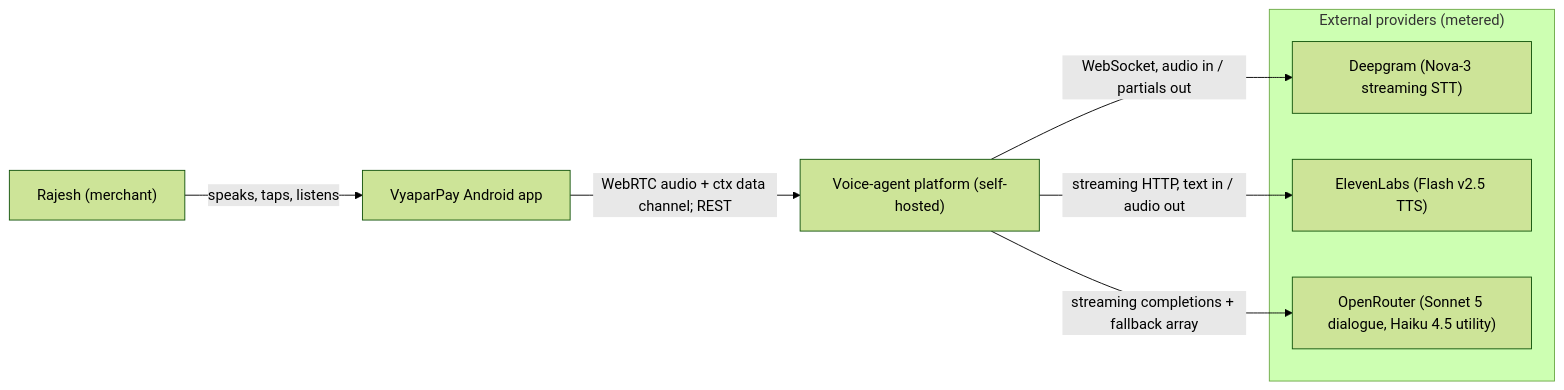
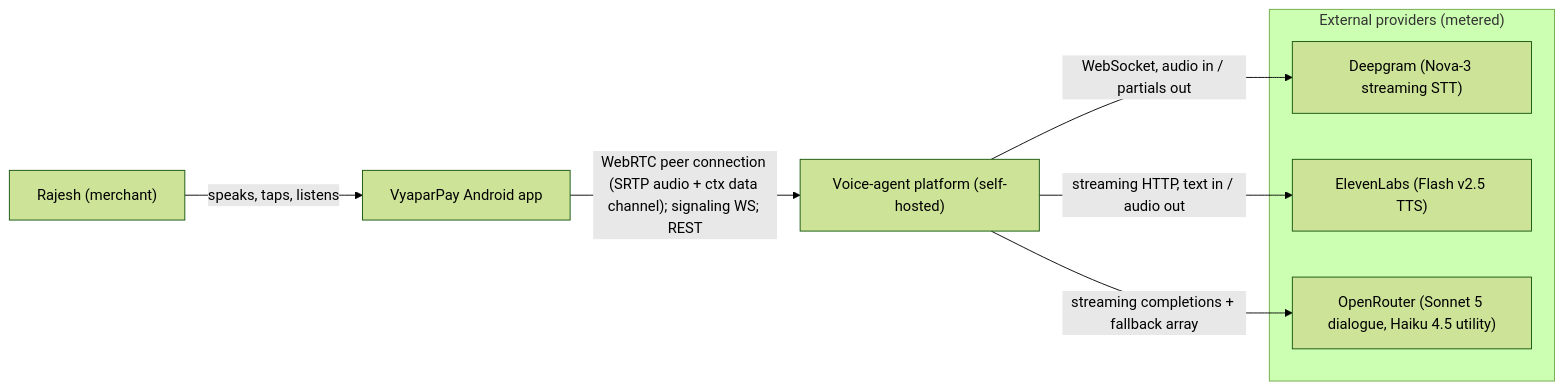
Before and after one commit to bibekanandan892/vyaparpay-voice-agent: the first of 5 diagrams in docs/02-system-architecture.md, drawn with Mermaid (forest theme). The commit also changed other lines of this file and 22 other files, not shown here.

First line of the commit message:
refactor(arch): replace LiveKit with raw WebRTC (libwebrtc + aiortc)

````diff
--- a/docs/02-system-architecture.md
+++ b/docs/02-system-architecture.md
@@ -13,13 +13,13 @@
 ```mermaid
 flowchart LR
     M["Rajesh (merchant)"] -->|"speaks, taps, listens"| A["VyaparPay Android app"]
-    A -->|"WebRTC audio + ctx data channel; REST"| P["Voice-agent platform (self-hosted)"]
+    A -->|"WebRTC peer connection (SRTP audio + ctx data channel); signaling WS; REST"| P["Voice-agent platform (self-hosted)"]
     subgraph EXT["External providers (metered)"]
         DG["Deepgram (Nova-3 streaming STT)"]
         EL["ElevenLabs (Flash v2.5 TTS)"]
         OR["OpenRouter (Sonnet 5 dialogue, Haiku 4.5 utility)"]
     end
     P -->|"WebSocket, audio in / partials out"| DG
     P -->|"streaming HTTP, text in / audio out"| EL
     P -->|"streaming completions + fallback array"| OR
 ```
````
